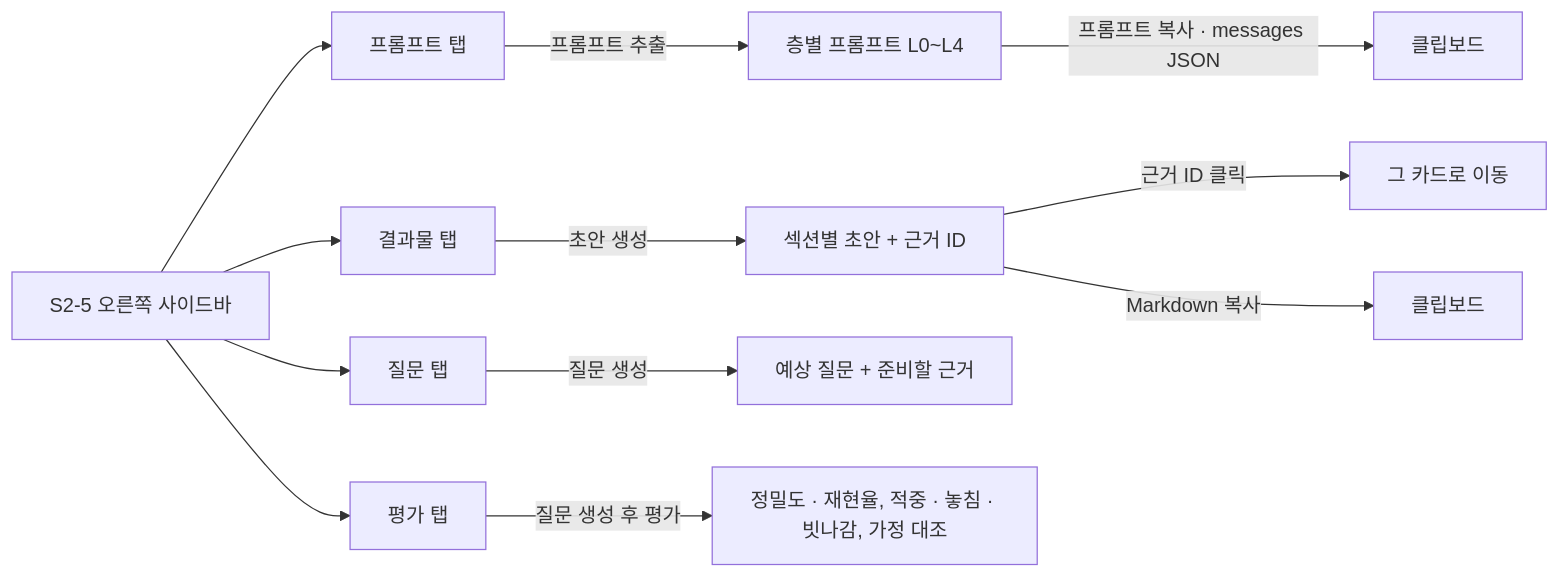
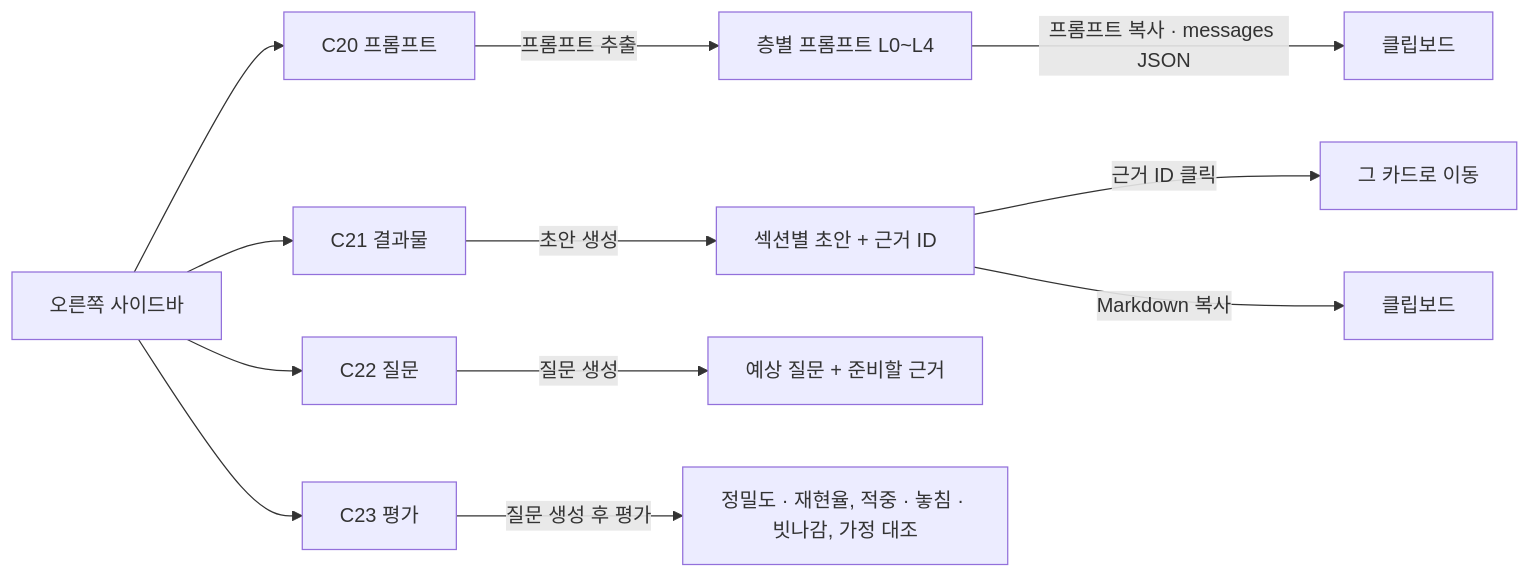
The eighth of 12 diagrams in docs/frontend/ia.md (vamos-team/telescope), drawn with Mermaid before and after one commit. The commit also changed other lines of this file and 2 other files, not shown here.

````diff
--- a/docs/frontend/ia.md
+++ b/docs/frontend/ia.md
@@ -223,14 +308,14 @@
 ```mermaid
 flowchart LR
-  RP["S2-5 오른쪽 사이드바"] --> C["프롬프트 탭"]
-  RP --> D["결과물 탭"]
-  RP --> Q["질문 탭"]
-  RP --> E["평가 탭"]
+  RP["오른쪽 사이드바"] --> C["C20 프롬프트"]
+  RP --> D["C21 결과물"]
+  RP --> Q["C22 질문"]
+  RP --> E["C23 평가"]
   C -->|프롬프트 추출| C1["층별 프롬프트 L0~L4"]
   C1 -->|"프롬프트 복사 · messages JSON"| C2["클립보드"]
   D -->|"초안 생성"| D1["섹션별 초안 + 근거 ID"]
   D1 -->|근거 ID 클릭| D2["그 카드로 이동"]
   D1 -->|Markdown 복사| D3["클립보드"]
   Q -->|질문 생성| Q1["예상 질문 + 준비할 근거"]
   E -->|질문 생성 후 평가| E1["정밀도 · 재현율, 적중 · 놓침 · 빗나감, 가정 대조"]
 ```
````
